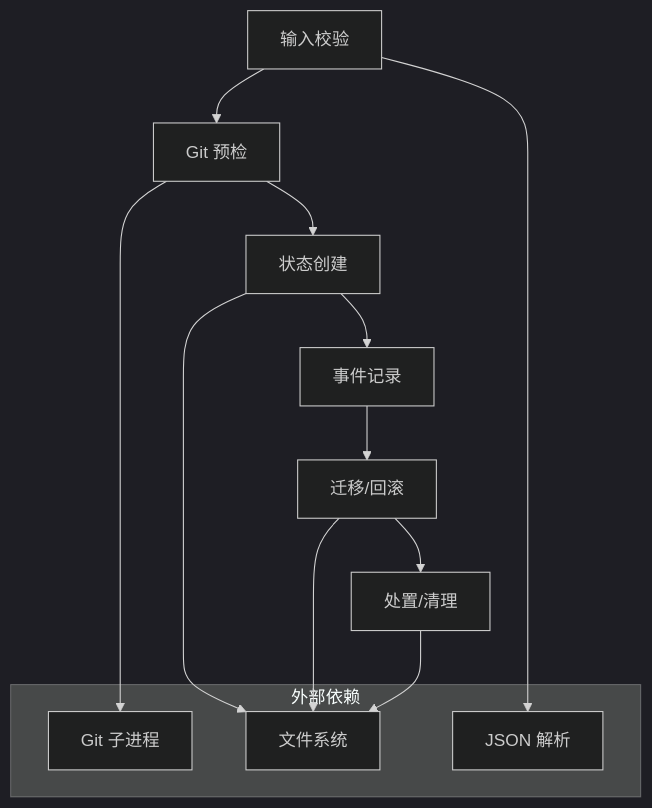
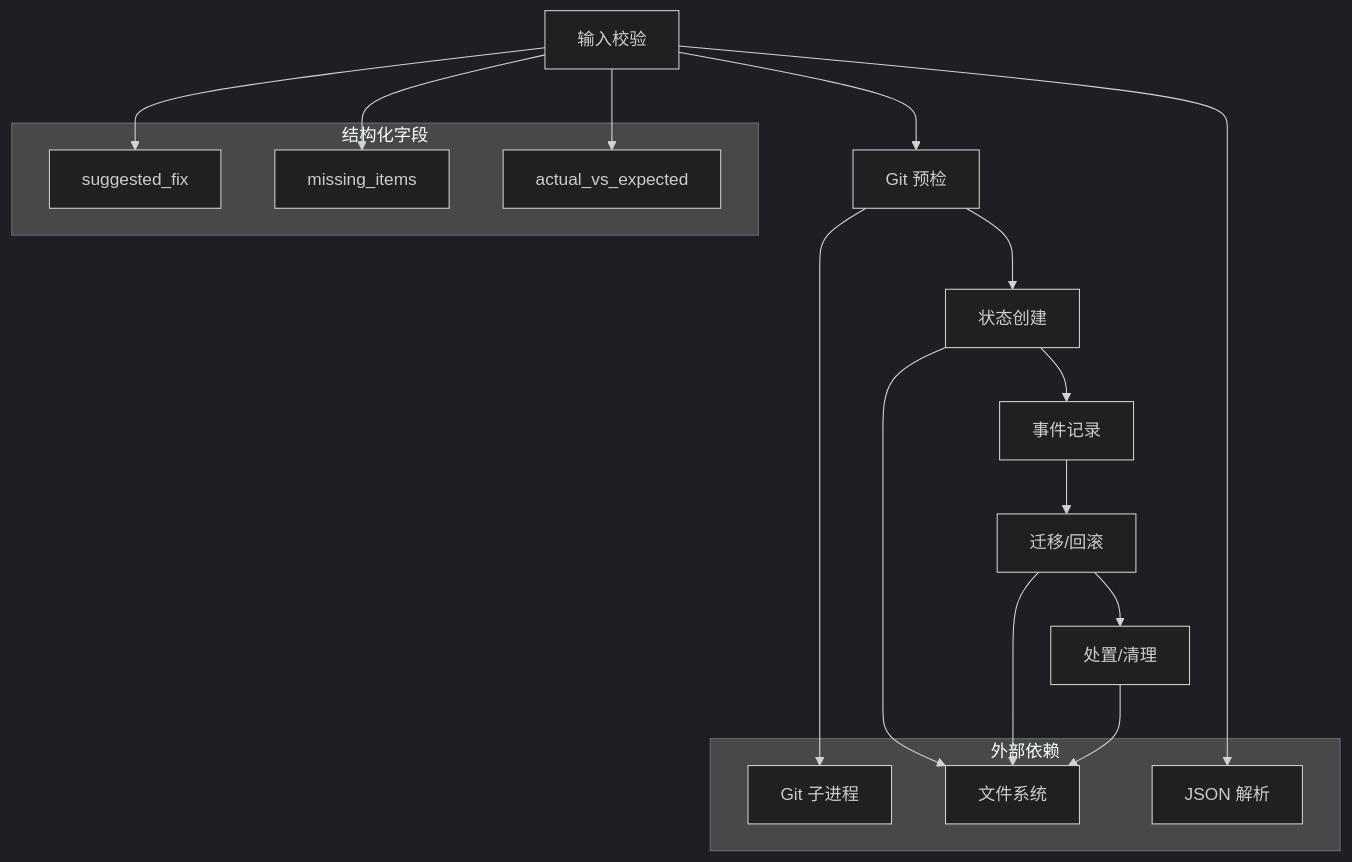
Before and after one commit to HackSing/docs-harness: the seventh of 7 diagrams in .qoder/repowiki/zh/content/任务管理/任务执行引擎/错误处理与恢复.md, drawn with Mermaid (dark theme). The commit also changed other lines of this file and 40 other files, not shown here.

````diff
--- a/.qoder/repowiki/zh/content/任务管理/任务执行引擎/错误处理与恢复.md
+++ b/.qoder/repowiki/zh/content/任务管理/任务执行引擎/错误处理与恢复.md
@@ -349,18 +400,26 @@
 ```mermaid
 graph TB
 V["输入校验"] --> P["Git 预检"]
 P --> S["状态创建"]
 S --> E["事件记录"]
 E --> M["迁移/回滚"]
 M --> D["处置/清理"]
 subgraph "外部依赖"
 G["Git 子进程"]
 F["文件系统"]
 J["JSON 解析"]
 end
+subgraph "结构化字段"
+SF["suggested_fix"]
+MI["missing_items"]
+AVE["actual_vs_expected"]
+end
 P --> G
 V --> J
 S --> F
 M --> F
 D --> F
+V --> SF
+V --> MI
+V --> AVE
 ```
````
